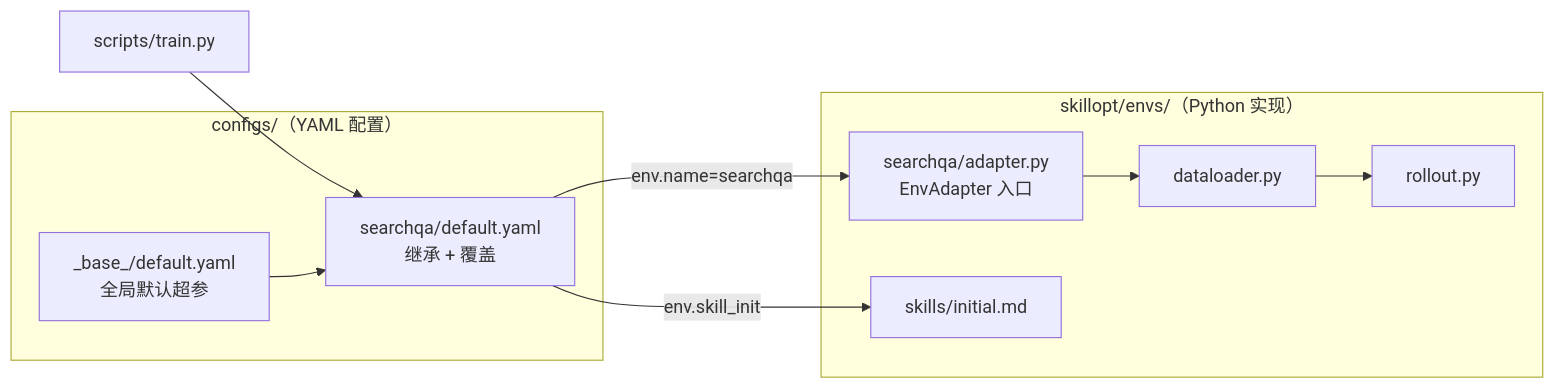
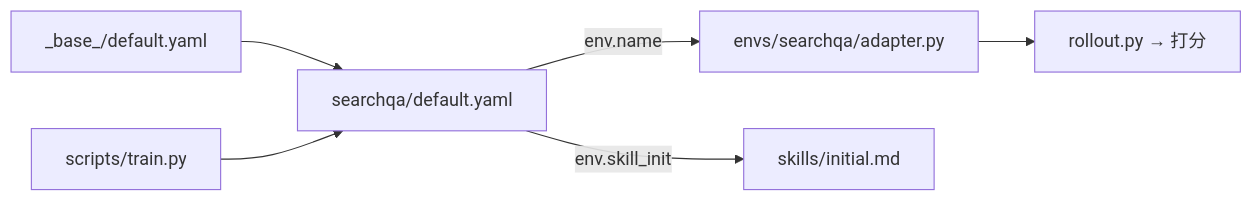
One commit to kuailefengnan2024/prompt-opt changed the second of 3 diagrams in README.md. Above: the diagram before and after it, drawn with Mermaid. The commit also changed other lines of this file and 85 other files, not shown here.

````diff
--- a/README.md
+++ b/README.md
@@ -49,20 +114,8 @@
 ```mermaid
 flowchart LR
-    subgraph configs["configs/（YAML 配置）"]
-        base["_base_/default.yaml<br/>全局默认超参"]
-        cfg["searchqa/default.yaml<br/>继承 + 覆盖"]
-    end
-
-    subgraph envs["skillopt/envs/（Python 实现）"]
-        adapter["searchqa/adapter.py<br/>EnvAdapter 入口"]
-        dl["dataloader.py"]
-        rollout["rollout.py"]
-        skill["skills/initial.md"]
-    end
-
+    base["_base_/default.yaml"] --> cfg["searchqa/default.yaml"]
+    cfg -->|"env.name"| adapter["envs/searchqa/adapter.py"]
+    adapter --> rollout["rollout.py → 打分"]
+    cfg -->|"env.skill_init"| skill["skills/initial.md"]
     train["scripts/train.py"] --> cfg
-    base --> cfg
-    cfg -->|"env.name=searchqa"| adapter
-    adapter --> dl --> rollout
-    cfg -->|"env.skill_init"| skill
 ```
````
